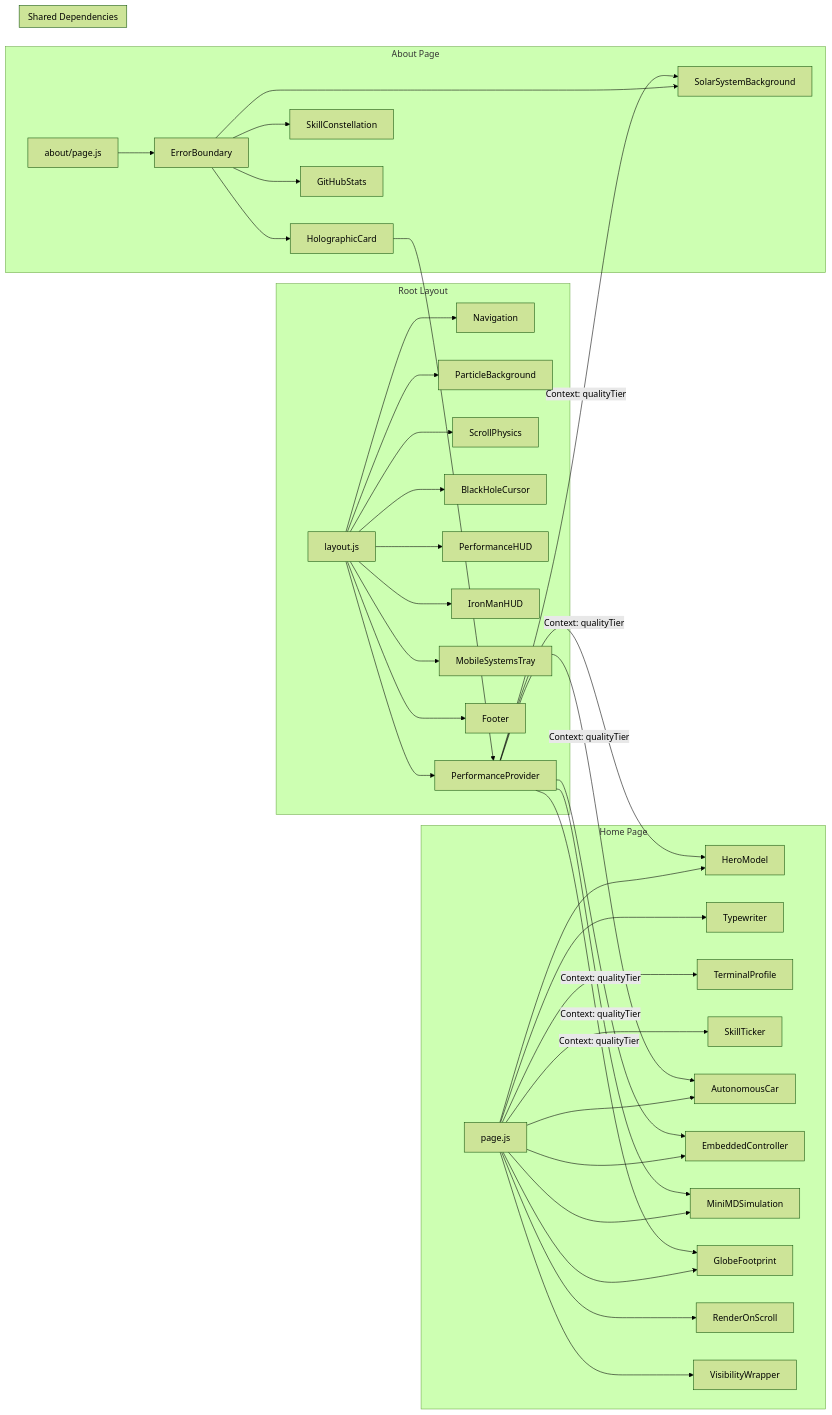
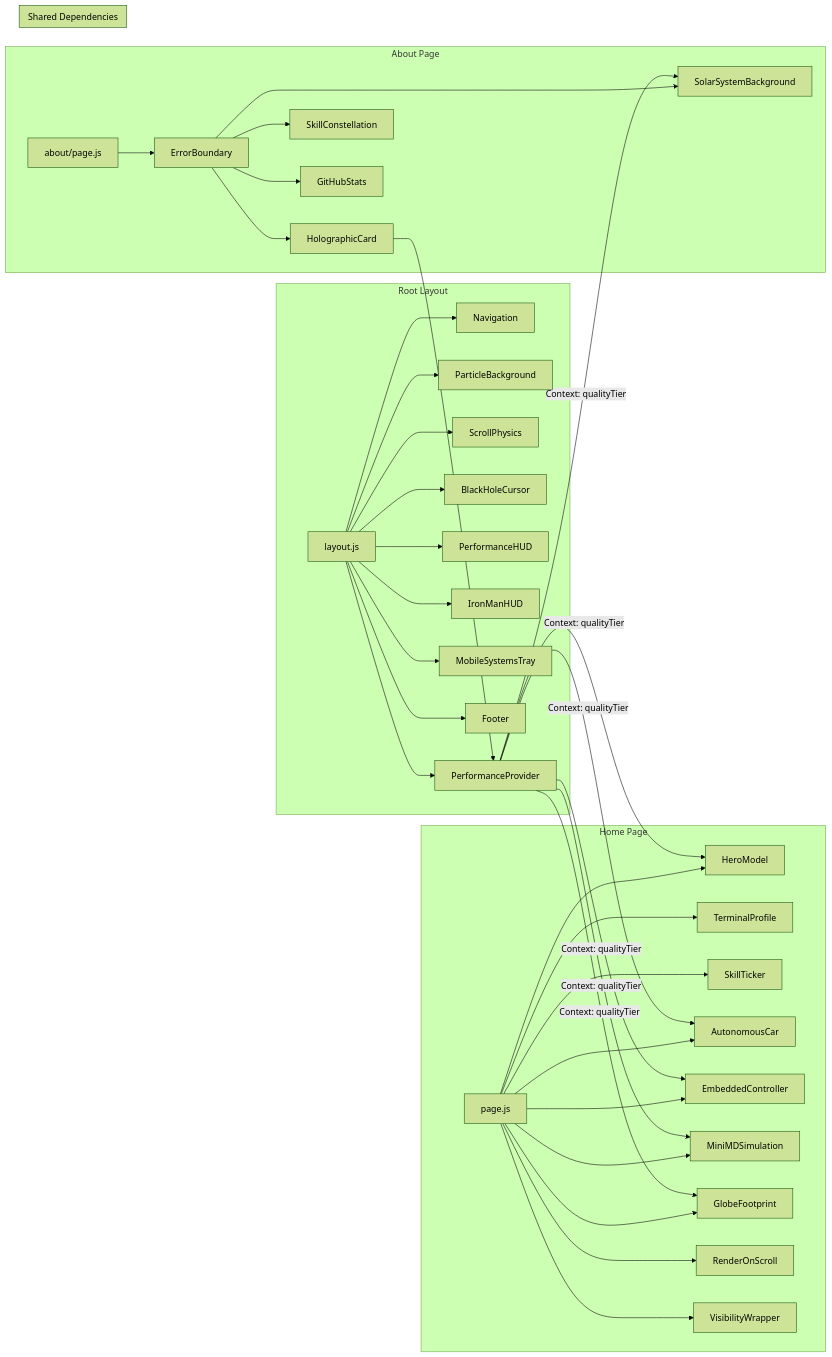
The second of 2 diagrams in README.md (johnnietse/personal-portfolio-website), drawn with Mermaid (forest theme) before and after one commit. The commit also changed other lines of this file, not shown here.

Commit message:
docs: audit and update README against codebase -- fix stale line counts, graphql api ref, missing components, legacy annotations

````diff
--- a/README.md
+++ b/README.md
@@ -290,45 +297,44 @@
 ```mermaid
 flowchart LR
     subgraph "Root Layout"
         A[layout.js] --> B[Navigation]
         A --> C[ParticleBackground]
         A --> D[ScrollPhysics]
         A --> E[BlackHoleCursor]
         A --> F[PerformanceHUD]
         A --> G[IronManHUD]
         A --> H[MobileSystemsTray]
         A --> I[Footer]
         A --> J[PerformanceProvider]
     end
 
     subgraph "Home Page"
         K[page.js] --> L[HeroModel]
-        K --> M[Typewriter]
         K --> N[TerminalProfile]
         K --> O[SkillTicker]
         K --> P[AutonomousCar]
         K --> Q[EmbeddedController]
         K --> R[MiniMDSimulation]
         K --> S[GlobeFootprint]
         K --> T[RenderOnScroll]
         K --> U[VisibilityWrapper]
     end
 
     subgraph "About Page"
         V[about/page.js] --> V1[ErrorBoundary]
         V1 --> W[SolarSystemBackground]
         V1 --> X[HolographicCard]
         V1 --> Y[SkillConstellation]
         V1 --> Z[GitHubStats]
     end
 
     subgraph "Shared Dependencies"
         J -->|Context: qualityTier| L
         J -->|Context: qualityTier| P
         J -->|Context: qualityTier| Q
         J -->|Context: qualityTier| R
         J -->|Context: qualityTier| S
         J -->|Context: qualityTier| W
         X --> J
     end
 ```
````
